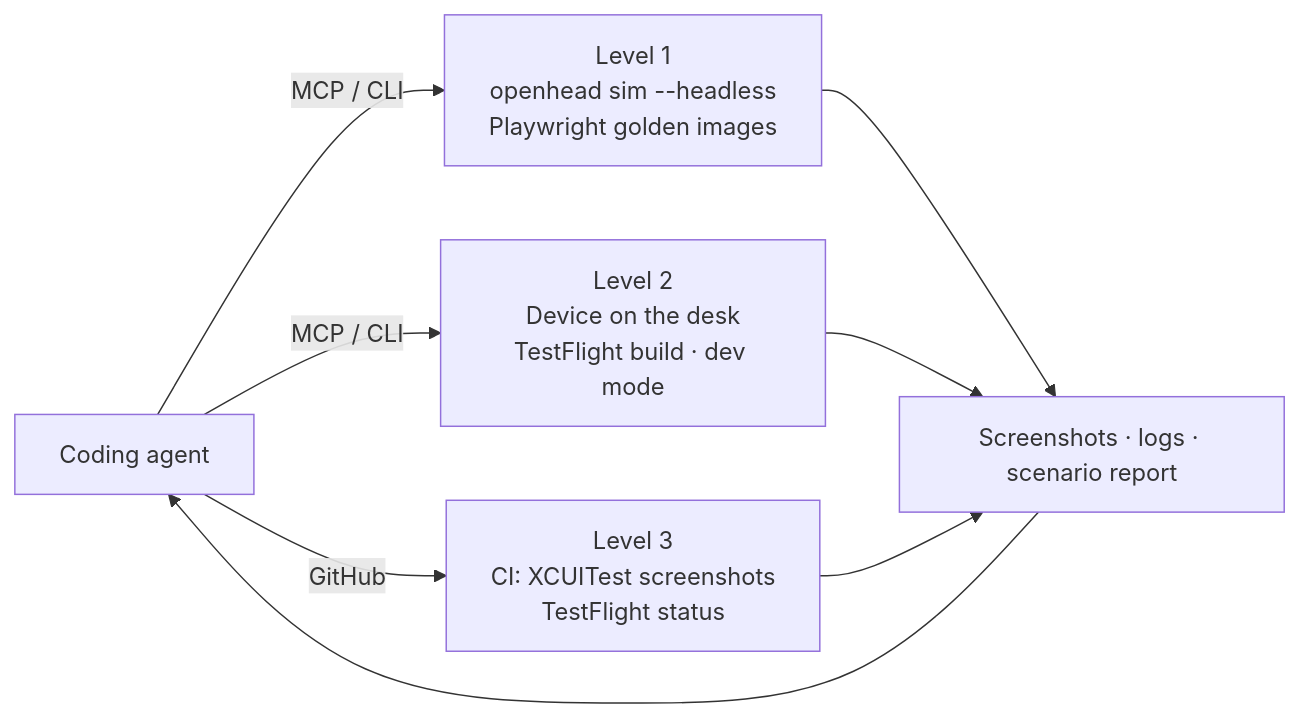
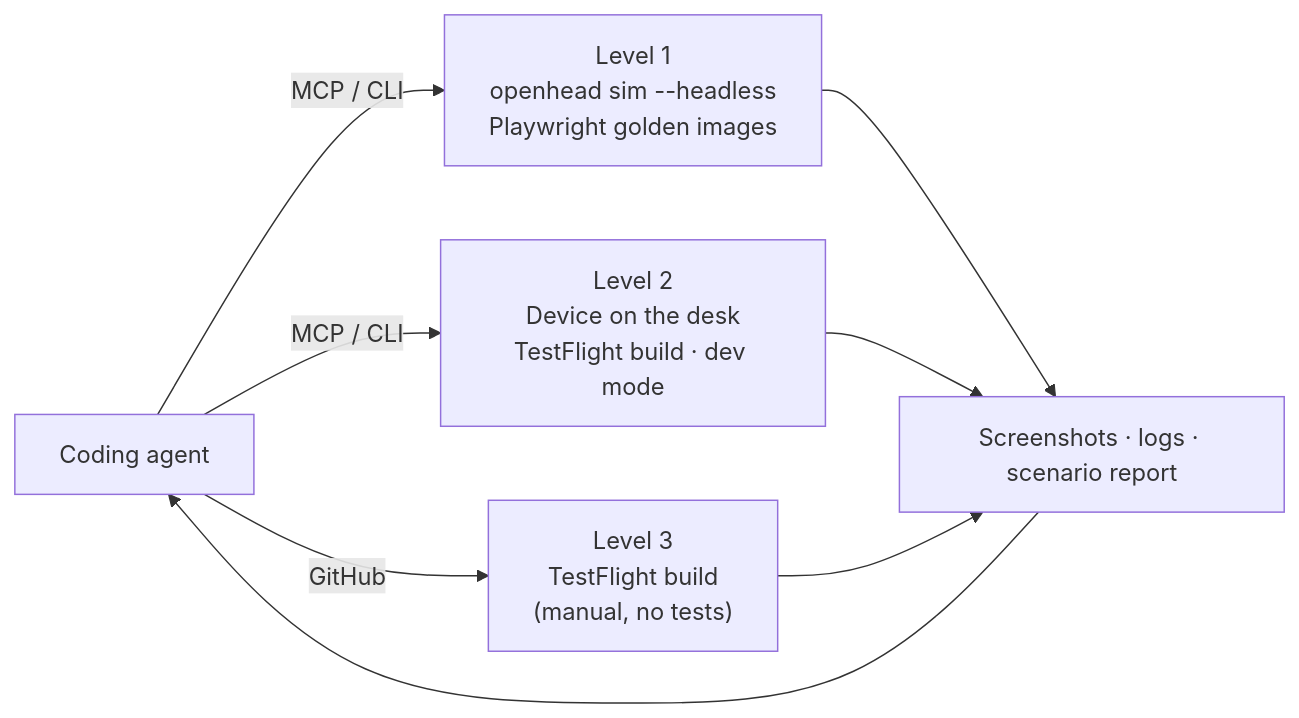
One commit to PatrikBichis/openhead changed the fourth of 4 diagrams in README.md. Above: the diagram before and after it, drawn with Mermaid. The commit also changed other lines of this file and 13 other files, not shown here.

First line of the commit message:
Move all testing to local checks; Actions only for TestFlight builds

````diff
--- a/README.md
+++ b/README.md
@@ -181,10 +181,10 @@
 ```mermaid
 flowchart LR
     A["Coding agent"] -->|MCP / CLI| S["Level 1<br/>openhead sim --headless<br/>Playwright golden images"]
     A -->|MCP / CLI| D["Level 2<br/>Device on the desk<br/>TestFlight build · dev mode"]
-    A -->|GitHub| CI["Level 3<br/>CI: XCUITest screenshots<br/>TestFlight status"]
+    A -->|GitHub| CI["Level 3<br/>TestFlight build<br/>(manual, no tests)"]
     S --> R["Screenshots · logs · scenario report"]
     D --> R
     CI --> R
     R --> A
 ```
````
